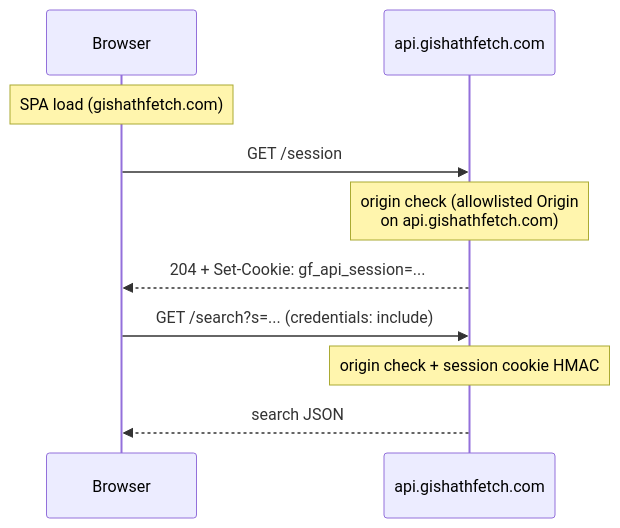
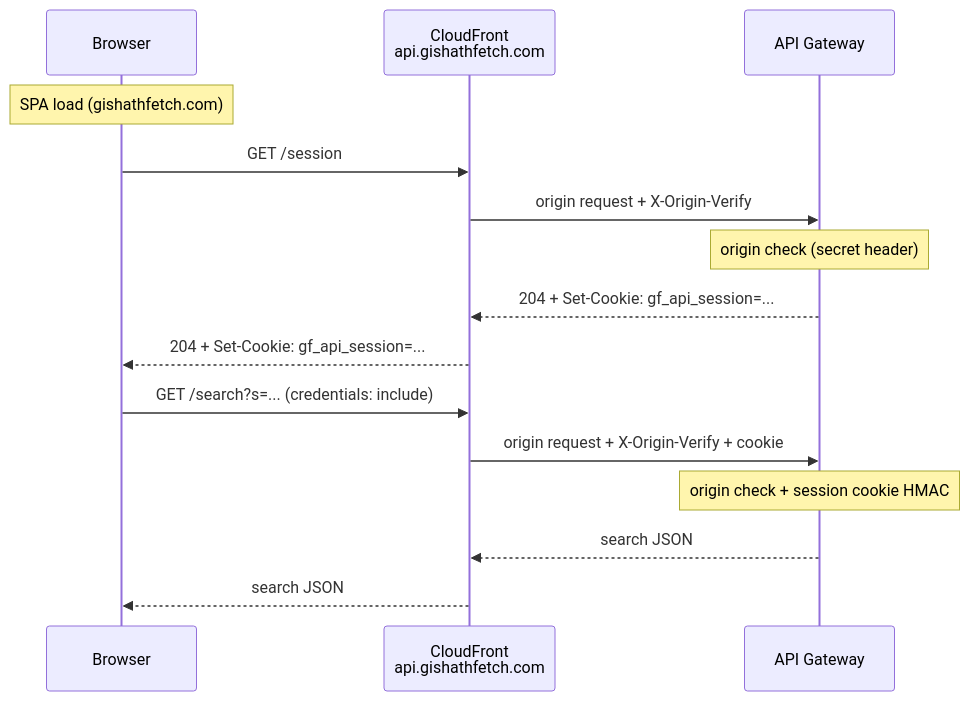
One commit to xenodus/gishathfetch changed the diagram in docs/api-abuse-mitigation.md. Above: the diagram before and after it, drawn with Mermaid. The commit also changed other lines of this file and 7 other files, not shown here.

First line of the commit message:
Require CloudFront origin secret for API access (#387)

````diff
--- a/docs/api-abuse-mitigation.md
+++ b/docs/api-abuse-mitigation.md
@@ -20,13 +23,18 @@
 ```mermaid
 sequenceDiagram
     participant U as Browser
-    participant API as api.gishathfetch.com
+    participant CF as CloudFront<br/>api.gishathfetch.com
+    participant API as API Gateway
 
     Note over U: SPA load (gishathfetch.com)
-    U->>API: GET /session
-    Note over API: origin check (allowlisted Origin<br/>on api.gishathfetch.com)
-    API-->>U: 204 + Set-Cookie: gf_api_session=...
-    U->>API: GET /search?s=... (credentials: include)
+    U->>CF: GET /session
+    CF->>API: origin request + X-Origin-Verify
+    Note over API: origin check (secret header)
+    API-->>CF: 204 + Set-Cookie: gf_api_session=...
+    CF-->>U: 204 + Set-Cookie: gf_api_session=...
+    U->>CF: GET /search?s=... (credentials: include)
+    CF->>API: origin request + X-Origin-Verify + cookie
     Note over API: origin check + session cookie HMAC
-    API-->>U: search JSON
+    API-->>CF: search JSON
+    CF-->>U: search JSON
 ```
````
